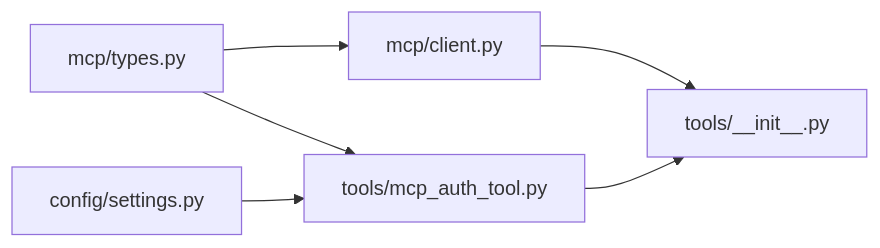
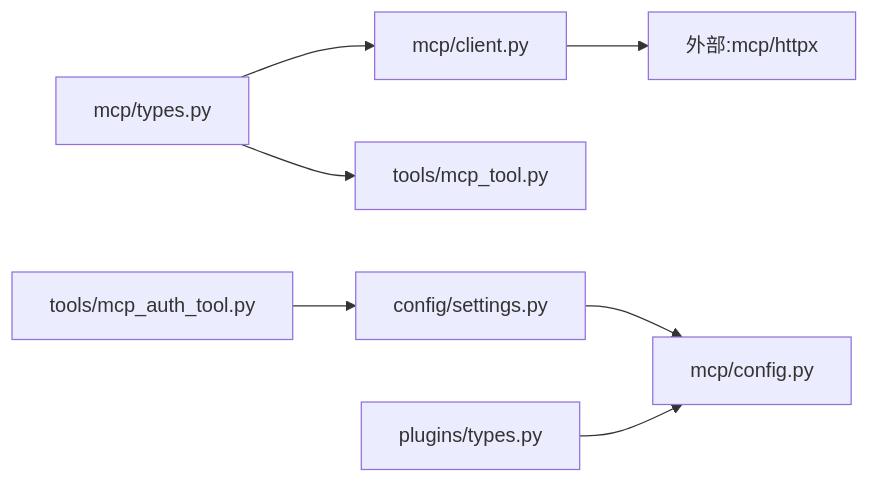
One commit to haolange/OpenHarness changed the fifth of 5 diagrams in .qoder/repowiki/zh/content/MCP 协议支持/MCP 服务器配置.md. Above: the diagram before and after it, drawn with Mermaid. The commit also changed other lines of this file and 222 other files, not shown here.

````diff
--- a/.qoder/repowiki/zh/content/MCP 协议支持/MCP 服务器配置.md
+++ b/.qoder/repowiki/zh/content/MCP 协议支持/MCP 服务器配置.md
@@ -349,8 +353,9 @@
 ```mermaid
 graph LR
-TYPES["mcp/types.py"] --> CLIENT["mcp/client.py"]
-TYPES --> AUTH["tools/mcp_auth_tool.py"]
-SETTINGS["config/settings.py"] --> AUTH
-CLIENT --> REG["tools/__init__.py"]
-AUTH --> REG
+A["mcp/types.py"] --> B["mcp/client.py"]
+A --> C["tools/mcp_tool.py"]
+D["config/settings.py"] --> E["mcp/config.py"]
+F["plugins/types.py"] --> E
+G["tools/mcp_auth_tool.py"] --> D
+B --> H["外部:mcp/httpx"]
 ```
````
